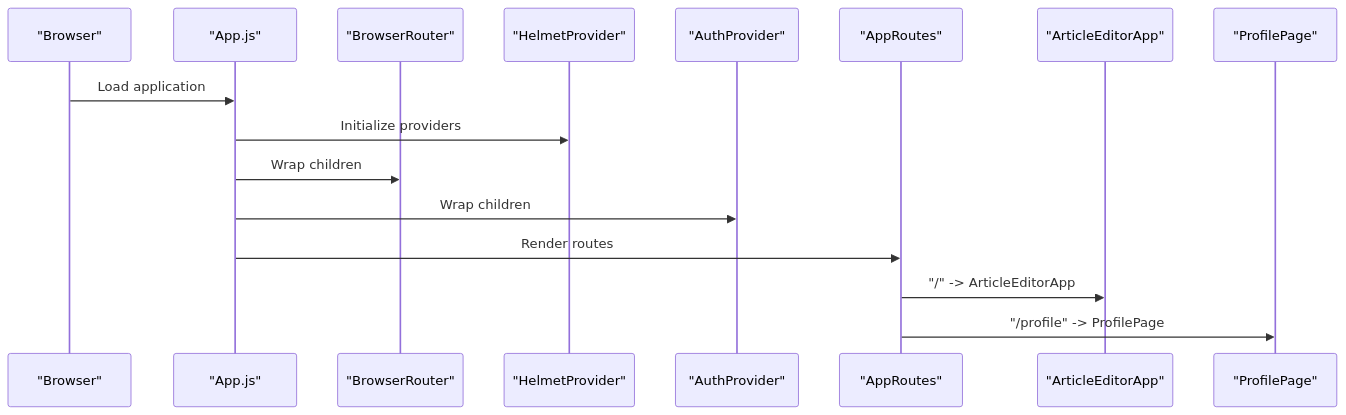
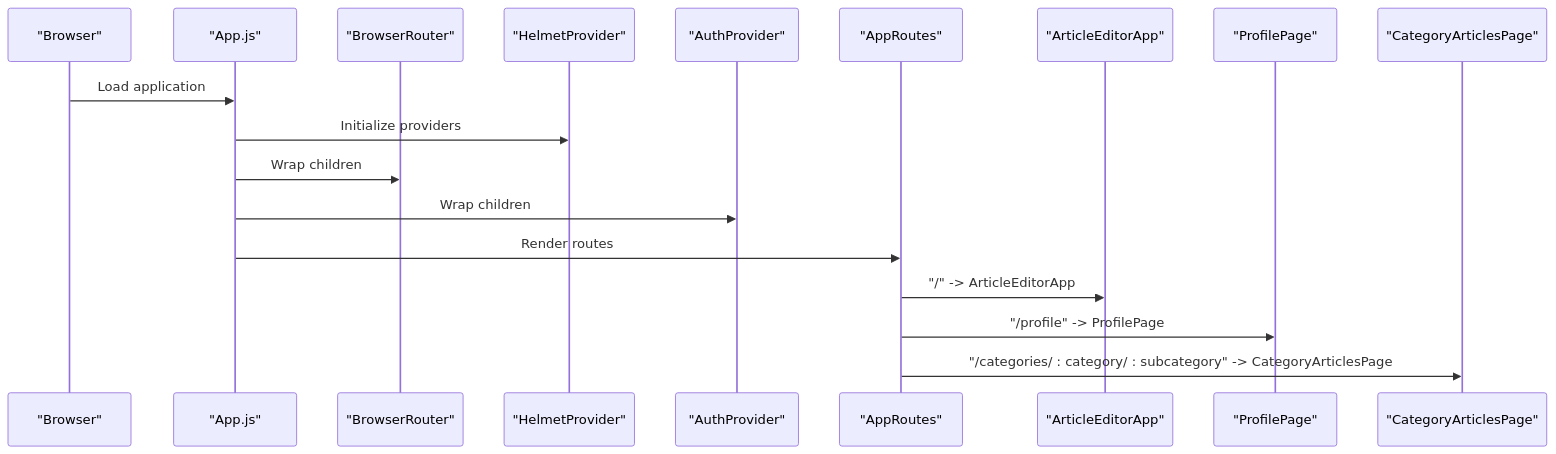
One commit to xd-art/Briefer-v02 changed the third of 13 diagrams in .qoder/repowiki/en/content/Frontend Architecture/Component Tree.md. Above: the diagram before and after it, drawn with Mermaid. The commit also changed other lines of this file and 65 other files, not shown here.

````diff
--- a/.qoder/repowiki/en/content/Frontend Architecture/Component Tree.md
+++ b/.qoder/repowiki/en/content/Frontend Architecture/Component Tree.md
@@ -154,18 +171,20 @@
 ```mermaid
 sequenceDiagram
 participant Browser as "Browser"
 participant App as "App.js"
 participant Router as "BrowserRouter"
 participant Helmet as "HelmetProvider"
 participant Auth as "AuthProvider"
 participant Routes as "AppRoutes"
 participant Editor as "ArticleEditorApp"
 participant Profile as "ProfilePage"
+participant Categories as "CategoryArticlesPage"
 Browser->>App : Load application
 App->>Helmet : Initialize providers
 App->>Router : Wrap children
 App->>Auth : Wrap children
 App->>Routes : Render routes
 Routes->>Editor : "/" -> ArticleEditorApp
 Routes->>Profile : "/profile" -> ProfilePage
+Routes->>Categories : "/categories/ : category/ : subcategory" -> CategoryArticlesPage
 ```
````
